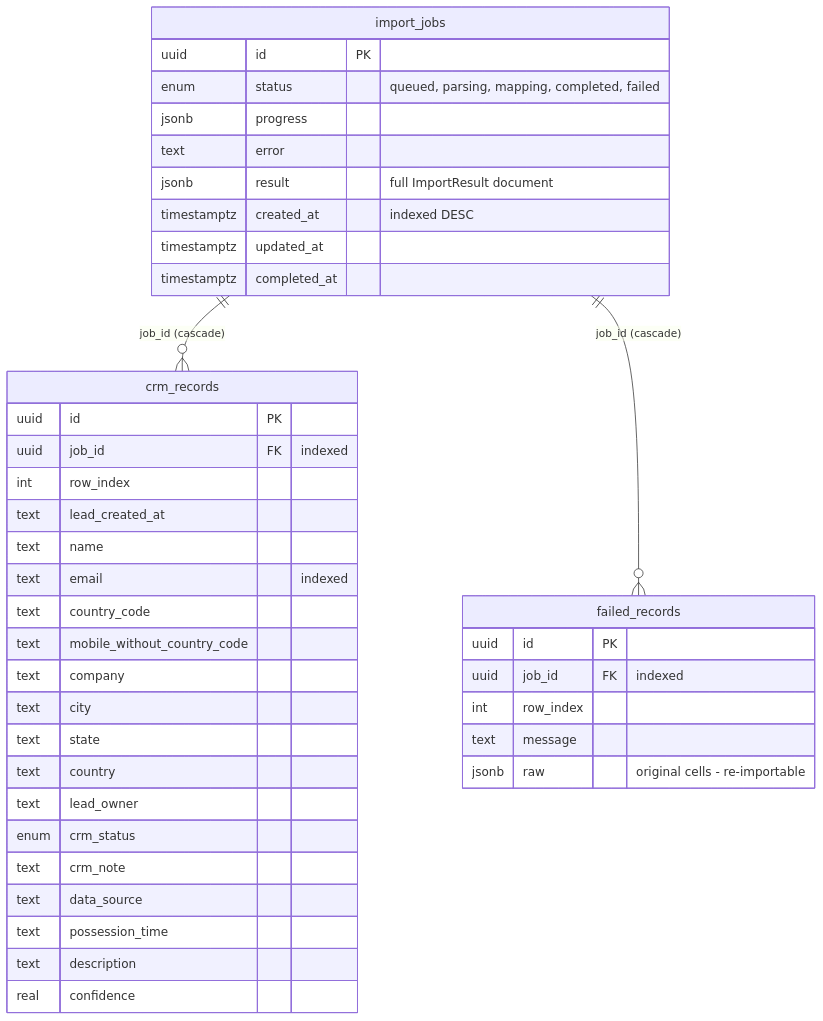
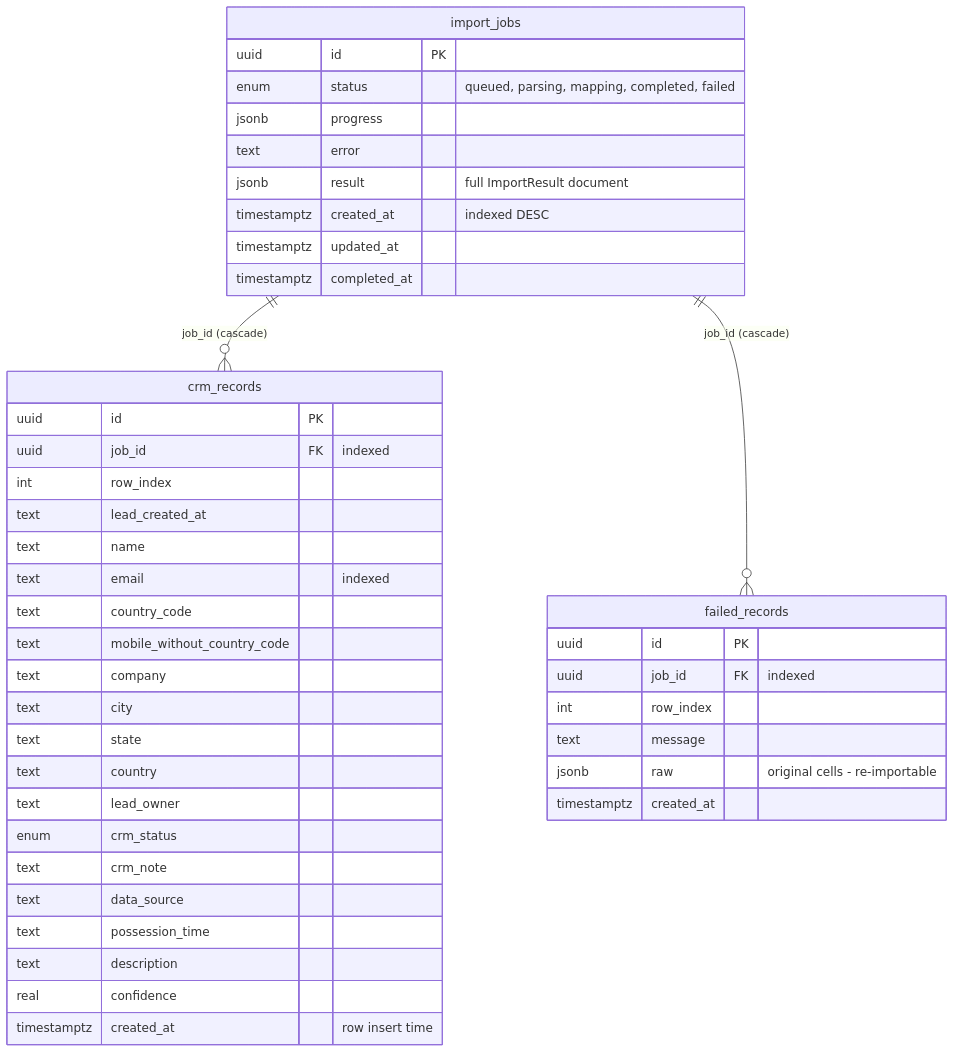
One commit to habinrahman/AI-CSV-IMPORTER changed the sixth of 6 diagrams in README.md. Above: the diagram before and after it, drawn with Mermaid. The commit also changed other lines of this file, not shown here.

````diff
--- a/README.md
+++ b/README.md
@@ -386,44 +446,46 @@
 ```mermaid
 erDiagram
     import_jobs ||--o{ crm_records : "job_id (cascade)"
     import_jobs ||--o{ failed_records : "job_id (cascade)"
 
     import_jobs {
         uuid id PK
         enum status "queued, parsing, mapping, completed, failed"
         jsonb progress
         text error
         jsonb result "full ImportResult document"
         timestamptz created_at "indexed DESC"
         timestamptz updated_at
         timestamptz completed_at
     }
     crm_records {
         uuid id PK
         uuid job_id FK "indexed"
         int row_index
         text lead_created_at
         text name
         text email "indexed"
         text country_code
         text mobile_without_country_code
         text company
         text city
         text state
         text country
         text lead_owner
         enum crm_status
         text crm_note
         text data_source
         text possession_time
         text description
         real confidence
+        timestamptz created_at "row insert time"
     }
     failed_records {
         uuid id PK
         uuid job_id FK "indexed"
         int row_index
         text message
         jsonb raw "original cells - re-importable"
+        timestamptz created_at
     }
 ```
````
